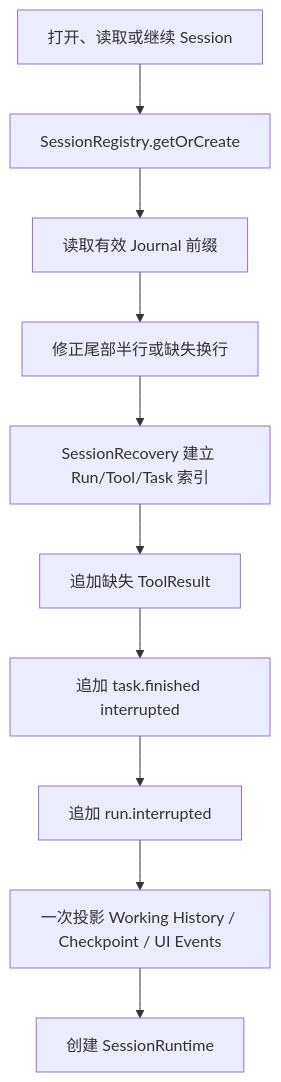
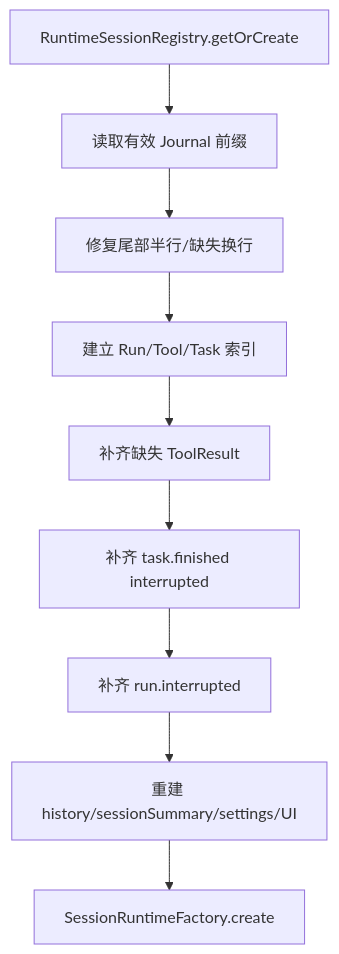
The second of 2 diagrams in docs/design/veyra-interrupted-run-recovery-design.md (codingayice/my-claude-code), drawn with Mermaid before and after one commit. The commit also changed other lines of this file and 49 other files, not shown here.

````diff
--- a/docs/design/veyra-interrupted-run-recovery-design.md
+++ b/docs/design/veyra-interrupted-run-recovery-design.md
@@ -460,12 +271,11 @@
 ```mermaid
 flowchart TD
-  Open["打开、读取或继续 Session"] --> Lookup["SessionRegistry.getOrCreate"]
-  Lookup --> Read["读取有效 Journal 前缀"]
-  Read --> Tail["修正尾部半行或缺失换行"]
-  Tail --> Scan["SessionRecovery 建立 Run/Tool/Task 索引"]
-  Scan --> RepairTools["追加缺失 ToolResult"]
-  RepairTools --> RepairTasks["追加 task.finished interrupted"]
-  RepairTasks --> RepairRun["追加 run.interrupted"]
-  RepairRun --> Project["一次投影 Working History / Checkpoint / UI Events"]
-  Project --> Runtime["创建 SessionRuntime"]
+  Open["RuntimeSessionRegistry.getOrCreate"] --> Read["读取有效 Journal 前缀"]
+  Read --> Tail["修复尾部半行/缺失换行"]
+  Tail --> Scan["建立 Run/Tool/Task 索引"]
+  Scan --> RepairTools["补齐缺失 ToolResult"]
+  RepairTools --> RepairTasks["补齐 task.finished interrupted"]
+  RepairTasks --> RepairRun["补齐 run.interrupted"]
+  RepairRun --> Project["重建 history/sessionSummary/settings/UI"]
+  Project --> Runtime["SessionRuntimeFactory.create"]
 ```
````
